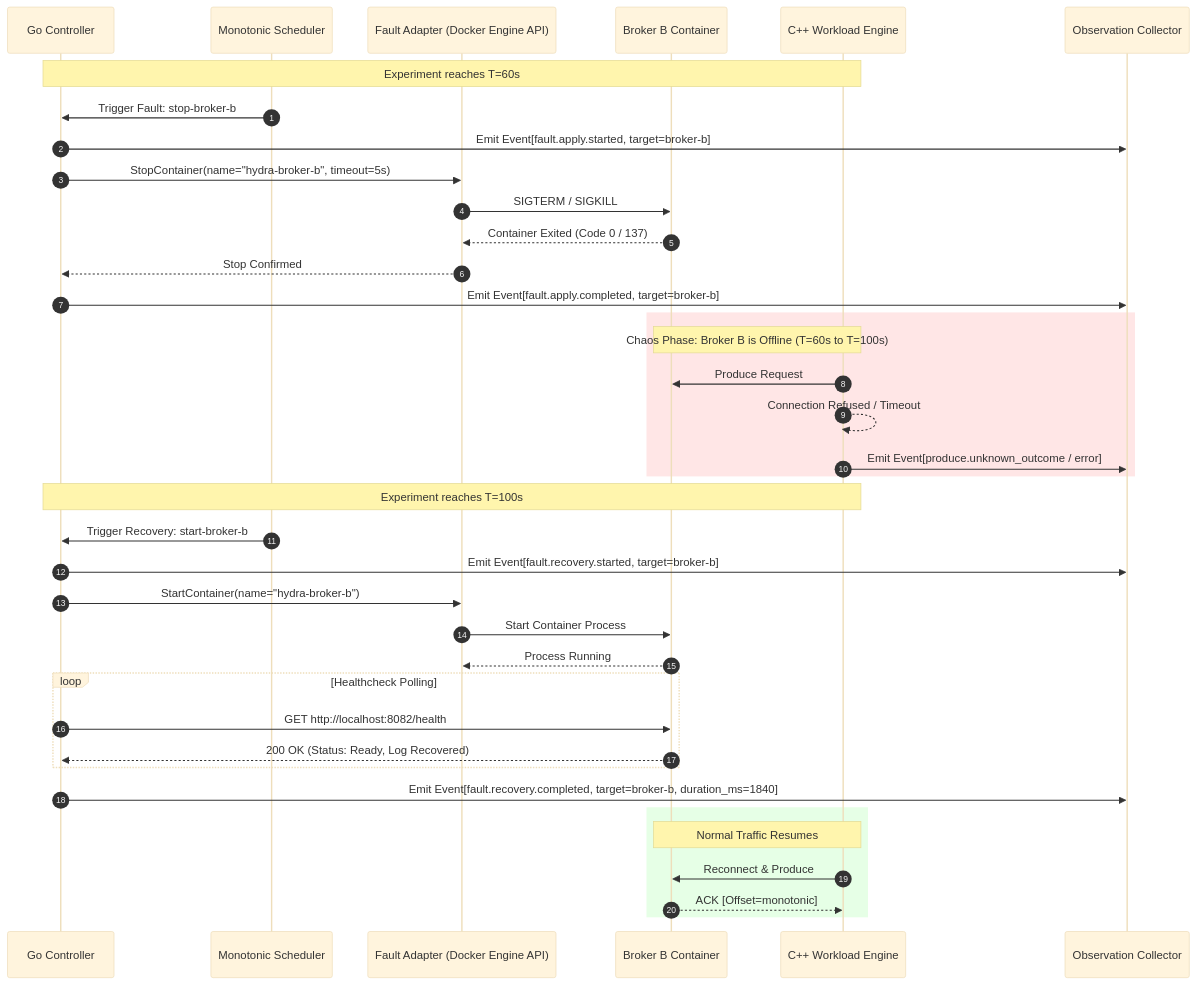
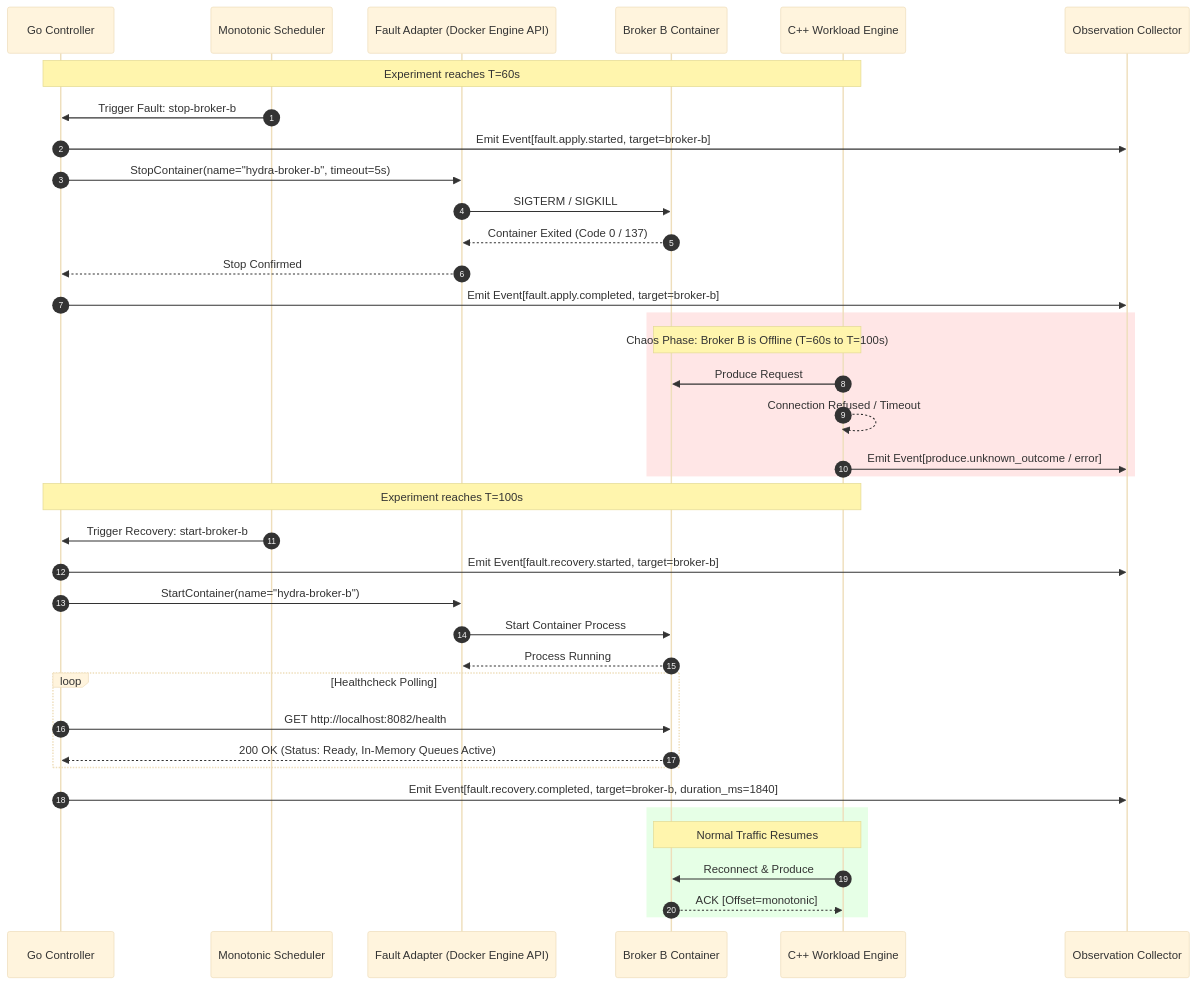
The ninth of 12 diagrams in docs/system-diagrams.md (ansh0014/Hydra-Stream), drawn with Mermaid (base theme) before and after one commit. The commit also changed other lines of this file, not shown here.

````diff
--- a/docs/system-diagrams.md
+++ b/docs/system-diagrams.md
@@ -354,46 +337,46 @@
 ```mermaid
 sequenceDiagram
     autonumber
     participant C as Go Controller
     participant S as Monotonic Scheduler
     participant F as Fault Adapter (Docker Engine API)
     participant B as Broker B Container
     participant W as C++ Workload Engine
     participant O as Observation Collector
 
     Note over C,W: Experiment reaches T=60s
     S->>C: Trigger Fault: stop-broker-b
     C->>O: Emit Event[fault.apply.started, target=broker-b]
     C->>F: StopContainer(name="hydra-broker-b", timeout=5s)
     F->>B: SIGTERM / SIGKILL
     B-->>F: Container Exited (Code 0 / 137)
     F-->>C: Stop Confirmed
     C->>O: Emit Event[fault.apply.completed, target=broker-b]
 
     rect rgb(255, 230, 230)
         Note over W,B: Chaos Phase: Broker B is Offline (T=60s to T=100s)
         W->>B: Produce Request
         W-->>W: Connection Refused / Timeout
         W->>O: Emit Event[produce.unknown_outcome / error]
     end
 
     Note over C,W: Experiment reaches T=100s
     S->>C: Trigger Recovery: start-broker-b
     C->>O: Emit Event[fault.recovery.started, target=broker-b]
     C->>F: StartContainer(name="hydra-broker-b")
     F->>B: Start Container Process
     B-->>F: Process Running
     
     loop Healthcheck Polling
         C->>B: GET http://localhost:8082/health
-        B-->>C: 200 OK (Status: Ready, Log Recovered)
+        B-->>C: 200 OK (Status: Ready, In-Memory Queues Active)
     end
     
     C->>O: Emit Event[fault.recovery.completed, target=broker-b, duration_ms=1840]
     
     rect rgb(230, 255, 230)
         Note over W,B: Normal Traffic Resumes
         W->>B: Reconnect & Produce
         B-->>W: ACK [Offset=monotonic]
     end
 ```
````
